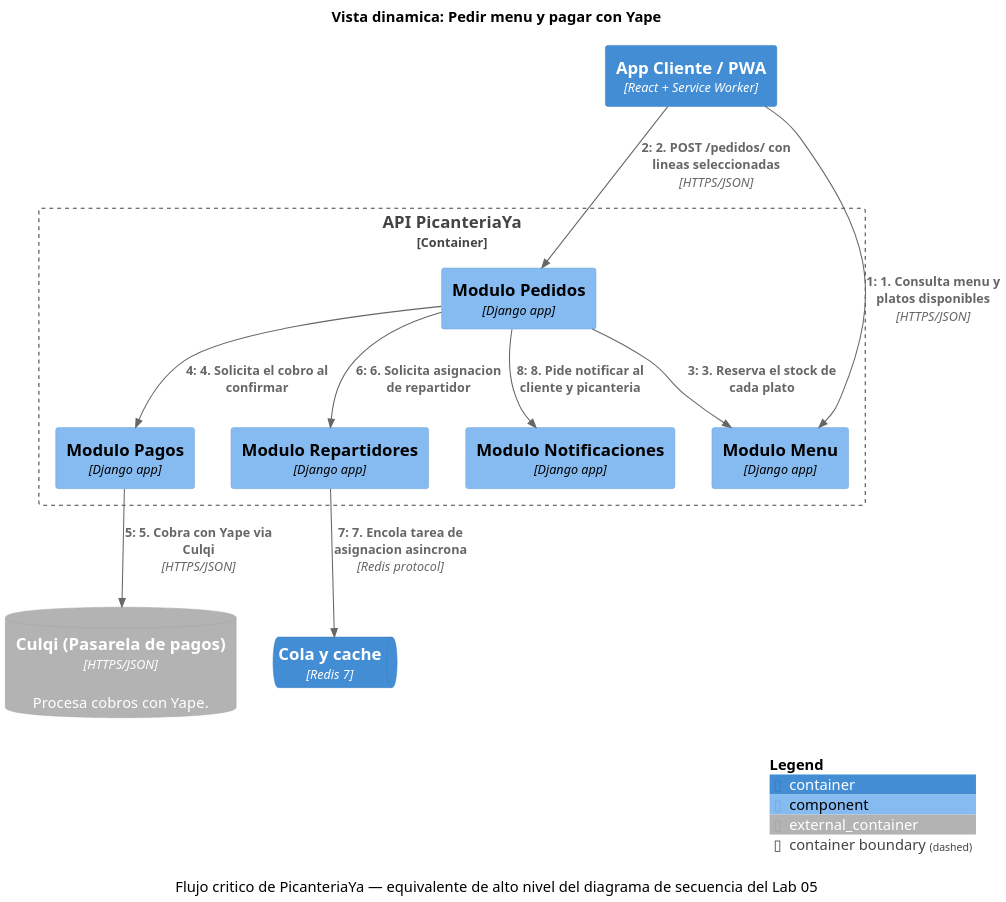
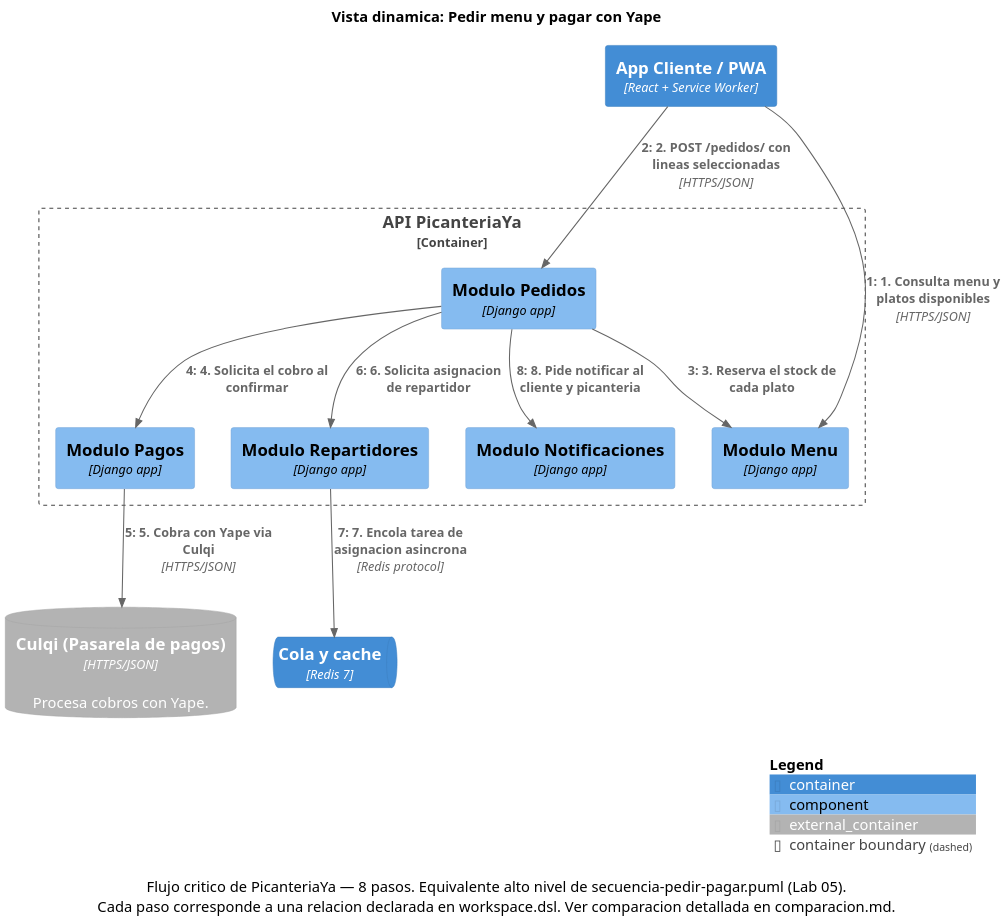
The diagram in docs/architecture/c4/export/PedirYPagar.puml (ChipanaGerman/cs-2026b-lab04-grupoXX), drawn with PlantUML before and after one commit.

Commit message:
E4: vista dinamica C4 — flujo pedir y pagar con Yape, 8 pasos coherentes con secuencia-pedir-pagar.puml

```diff
--- a/docs/architecture/c4/export/PedirYPagar.puml
+++ b/docs/architecture/c4/export/PedirYPagar.puml
@@ -1,31 +1,31 @@
 @startuml
 !include <C4/C4_Dynamic>
 skinparam dpi 180
 
 title Vista dinamica: Pedir menu y pagar con Yape
-caption Flujo critico de PicanteriaYa — equivalente de alto nivel del diagrama de secuencia del Lab 05
+caption Flujo critico de PicanteriaYa — 8 pasos. Equivalente alto nivel de secuencia-pedir-pagar.puml (Lab 05).\nCada paso corresponde a una relacion declarada en workspace.dsl. Ver comparacion detallada en comparacion.md.
 
 ContainerDb_Ext(culqi, "Culqi (Pasarela de pagos)", "HTTPS/JSON", "Procesa cobros con Yape.")
 
 Container_Boundary(api, "API PicanteriaYa") {
     Component(modMenu, "Modulo Menu", "Django app", "")
     Component(modPedidos, "Modulo Pedidos", "Django app", "")
     Component(modPagos, "Modulo Pagos", "Django app", "")
     Component(modRepartidores, "Modulo Repartidores", "Django app", "")
     Component(modNotificaciones, "Modulo Notificaciones", "Django app", "")
 }
 
 Container(pwa, "App Cliente / PWA", "React + Service Worker", "")
 ContainerQueue(cola, "Cola y cache", "Redis 7", "")
 
 Rel(pwa, modMenu, "1. Consulta menu y platos disponibles", "HTTPS/JSON")
 Rel(pwa, modPedidos, "2. POST /pedidos/ con lineas seleccionadas", "HTTPS/JSON")
 Rel(modPedidos, modMenu, "3. Reserva el stock de cada plato")
 Rel(modPedidos, modPagos, "4. Solicita el cobro al confirmar")
 Rel(modPagos, culqi, "5. Cobra con Yape via Culqi", "HTTPS/JSON")
 Rel(modPedidos, modRepartidores, "6. Solicita asignacion de repartidor")
 Rel(modRepartidores, cola, "7. Encola tarea de asignacion asincrona", "Redis protocol")
 Rel(modPedidos, modNotificaciones, "8. Pide notificar al cliente y picanteria")
 
 SHOW_LEGEND()
 @enduml
```
